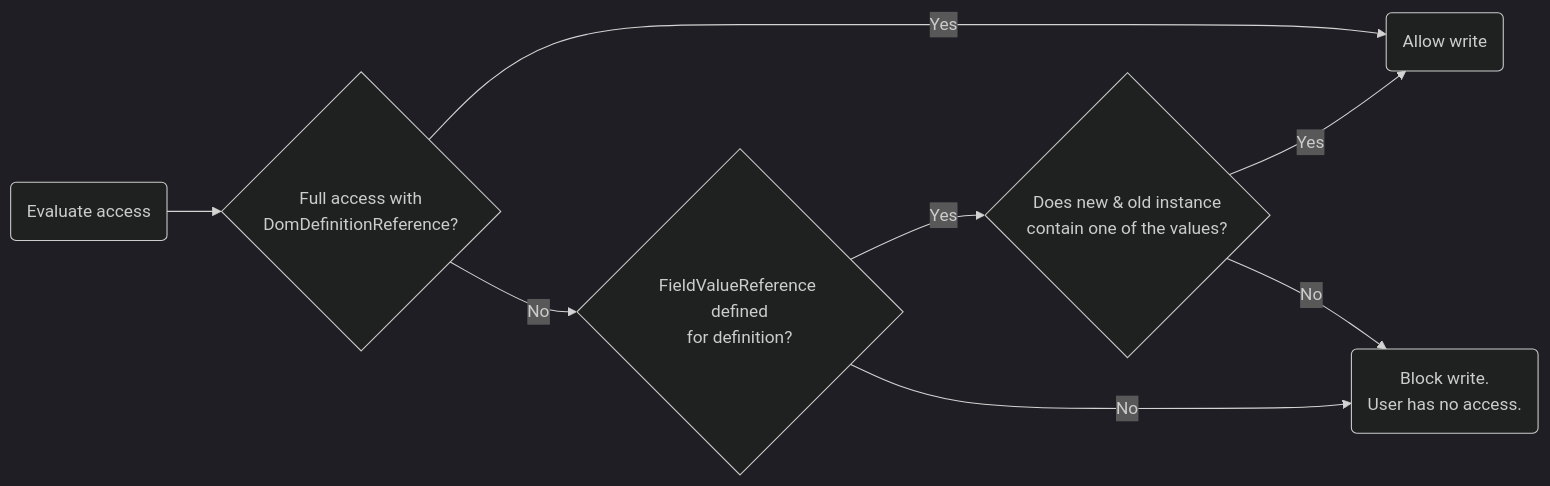
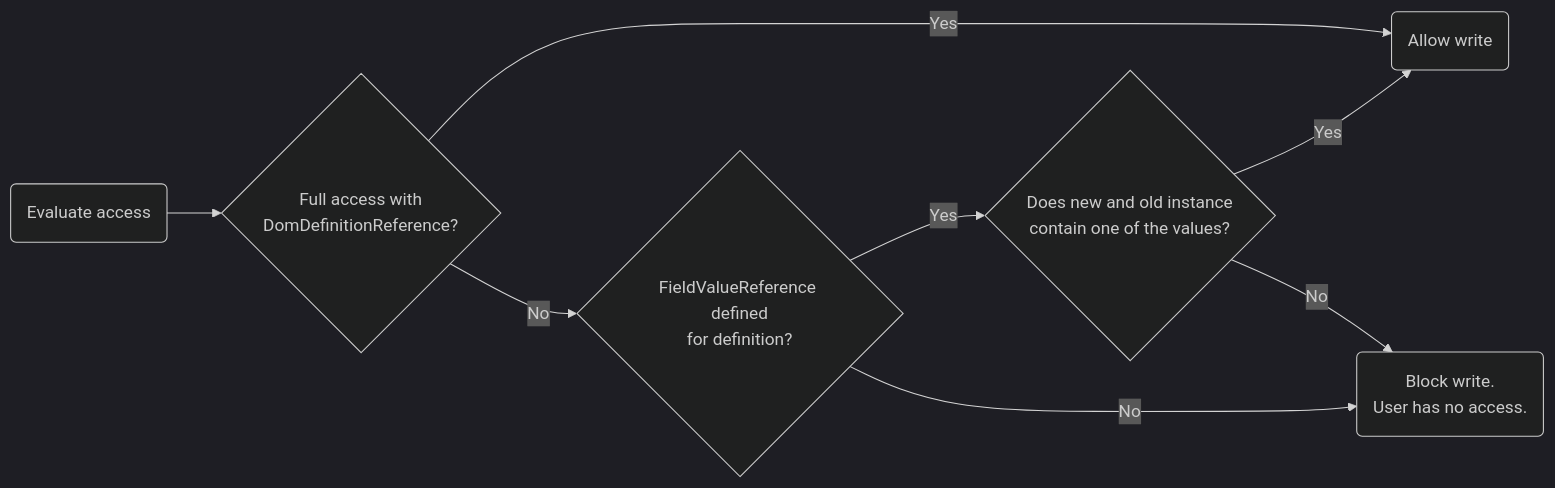
One commit to SkylineCommunications/dataminer-docs changed the third of 3 diagrams in dataminer/Functions/DOM/DOM_ModuleSettings/DOM_SecuritySettings.md. Above: the diagram before and after it, drawn with Mermaid (dark theme). The commit also changed other lines of this file and 1 other file, not shown here.

````diff
--- a/dataminer/Functions/DOM/DOM_ModuleSettings/DOM_SecuritySettings.md
+++ b/dataminer/Functions/DOM/DOM_ModuleSettings/DOM_SecuritySettings.md
@@ -147,11 +147,11 @@
 ```mermaid
 flowchart LR
     B(Evaluate access)
     B --> D{Full access with<br>DomDefinitionReference?}
     D -->| Yes | E(Allow write)
     D -->| No  | H{FieldValueReference defined<br>for definition?}
-    H -->| Yes | I{Does new & old instance<br>contain one of the values?}
+    H -->| Yes | I{Does new and old instance<br>contain one of the values?}
     H -->| No  | J(Block write.<br>User has no access.)
     I -->| Yes | E
     I -->| No  | J
 ```
````
